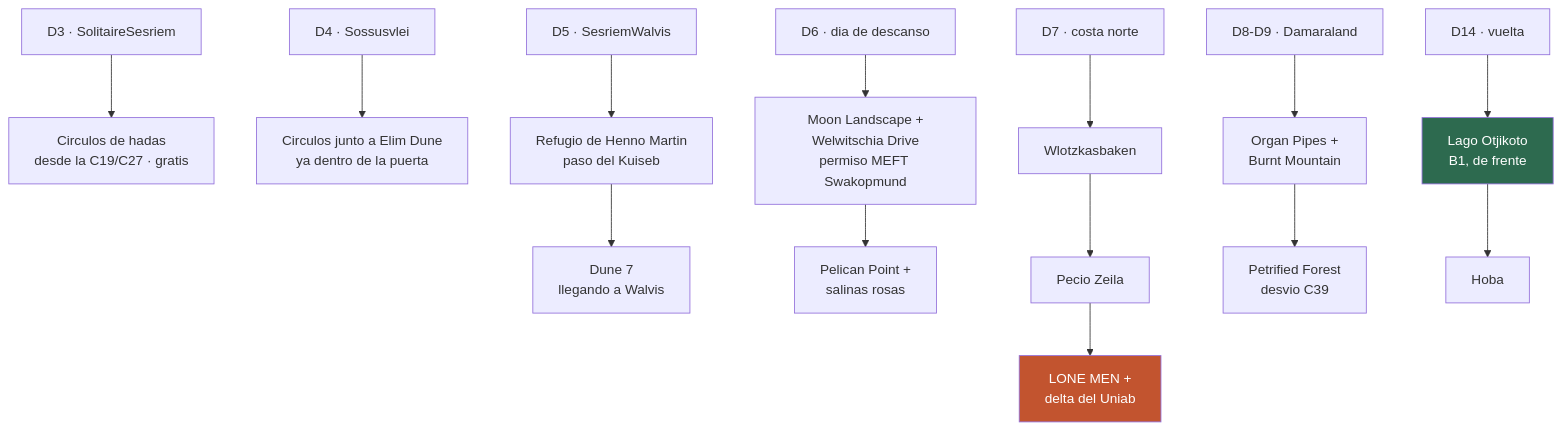
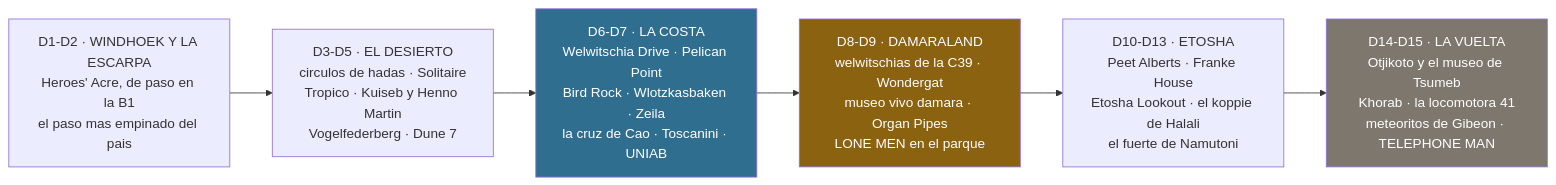
One commit to morandeirachema/namibia changed the diagram in 10-joyas-ocultas.md. Above: the diagram before and after it, drawn with Mermaid. The commit also changed other lines of this file and 14 other files, not shown here.

````diff
--- a/10-joyas-ocultas.md
+++ b/10-joyas-ocultas.md
@@ -67,12 +92,14 @@
 ```mermaid
-flowchart TD
-    D4["D3 · SolitaireSesriem"] --> J1["Circulos de hadas<br/>desde la C19/C27 · gratis"]
-    D5["D4 · Sossusvlei"] --> J2["Circulos junto a Elim Dune<br/>ya dentro de la puerta"]
-    D6["D5 · SesriemWalvis"] --> J3["Refugio de Henno Martin<br/>paso del Kuiseb"] --> J4["Dune 7<br/>llegando a Walvis"]
-    D7["D6 · dia de descanso"] --> J5["Moon Landscape +<br/>Welwitschia Drive<br/>permiso MEFT Swakopmund"] --> J6["Pelican Point +<br/>salinas rosas"]
-    D8["D7 · costa norte"] --> J7["Wlotzkasbaken"] --> J8["Pecio Zeila"] --> J9["LONE MEN +<br/>delta del Uniab"]
-    D9["D8-D9 · Damaraland"] --> J10["Organ Pipes +<br/>Burnt Mountain"] --> J11["Petrified Forest<br/>desvio C39"]
-    D14["D14 · vuelta"] --> J12["Lago Otjikoto<br/>B1, de frente"] --> J13["Hoba"]
-    style J9 fill:#C2542F,color:#fff
-    style J12 fill:#2d6a4f,color:#fff
+flowchart LR
+%% ancho
+    A["D1-D2 · WINDHOEK Y LA ESCARPA<br/>Heroes' Acre, de paso en la B1<br/>el paso mas empinado del pais"]
+    B["D3-D5 · EL DESIERTO<br/>circulos de hadas · Solitaire<br/>Tropico · Kuiseb y Henno Martin<br/>Vogelfederberg · Dune 7"]
+    C["D6-D7 · LA COSTA<br/>Welwitschia Drive · Pelican Point<br/>Bird Rock · Wlotzkasbaken · Zeila<br/>la cruz de Cao · Toscanini · UNIAB"]
+    D["D8-D9 · DAMARALAND<br/>welwitschias de la C39 · Wondergat<br/>museo vivo damara · Organ Pipes<br/>LONE MEN en el parque"]
+    E["D10-D13 · ETOSHA<br/>Peet Alberts · Franke House<br/>Etosha Lookout · el koppie de Halali<br/>el fuerte de Namutoni"]
+    F["D14-D15 · LA VUELTA<br/>Otjikoto y el museo de Tsumeb<br/>Khorab · la locomotora 41<br/>meteoritos de Gibeon · TELEPHONE MAN"]
+    A --> B --> C --> D --> E --> F
+    style C fill:#2F6E8E,color:#fff
+    style D fill:#8A6210,color:#fff
+    style F fill:#7D776E,color:#fff
 ```
````
